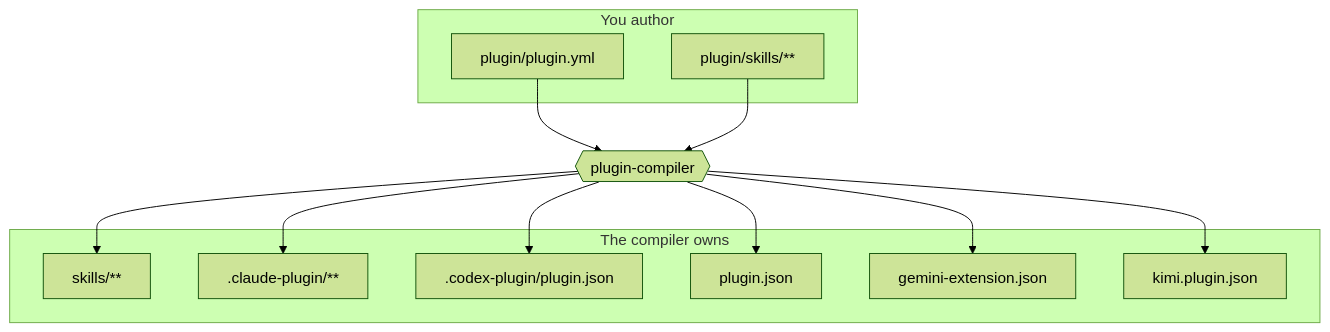
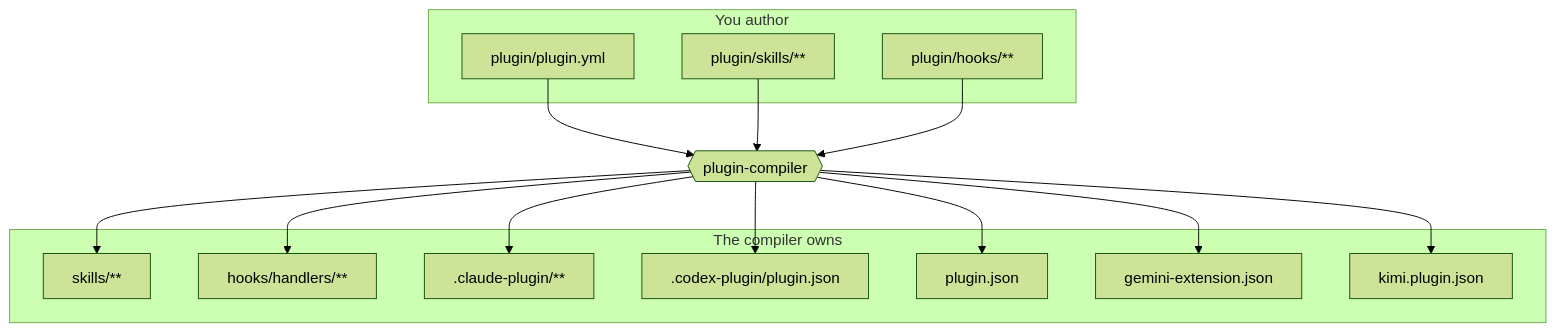
Before and after one commit to fam-tung-lam/ptlam-agent-plugin-compiler: the diagram in README.md, drawn with Mermaid (forest theme). The commit also changed other lines of this file and 65 other files, not shown here.

Commit message:
feat(hooks): add hook support

````diff
--- a/README.md
+++ b/README.md
@@ -92,31 +92,35 @@
 ```mermaid
 ---
 config:
   htmlLabels: false
 ---
 flowchart TD
     subgraph Authored["You author"]
         PluginManifest["plugin/plugin.yml"]
         SkillSources["plugin/skills/**"]
+        HookSources["plugin/hooks/**"]
     end
 
     AgentPluginCompiler{{"plugin-compiler"}}
 
     subgraph Generated["The compiler owns"]
         SharedSkills["skills/**"]
+        SharedHooks["hooks/handlers/**"]
         ClaudePlugin[".claude-plugin/**"]
         CodexPlugin[".codex-plugin/plugin.json"]
         CopilotPlugin["plugin.json"]
         GeminiExtension["gemini-extension.json"]
         KimiPlugin["kimi.plugin.json"]
     end
 
     PluginManifest --> AgentPluginCompiler
     SkillSources --> AgentPluginCompiler
+    HookSources --> AgentPluginCompiler
     AgentPluginCompiler --> SharedSkills
+    AgentPluginCompiler --> SharedHooks
     AgentPluginCompiler --> ClaudePlugin
     AgentPluginCompiler --> CodexPlugin
     AgentPluginCompiler --> CopilotPlugin
     AgentPluginCompiler --> GeminiExtension
     AgentPluginCompiler --> KimiPlugin
 ```
````
